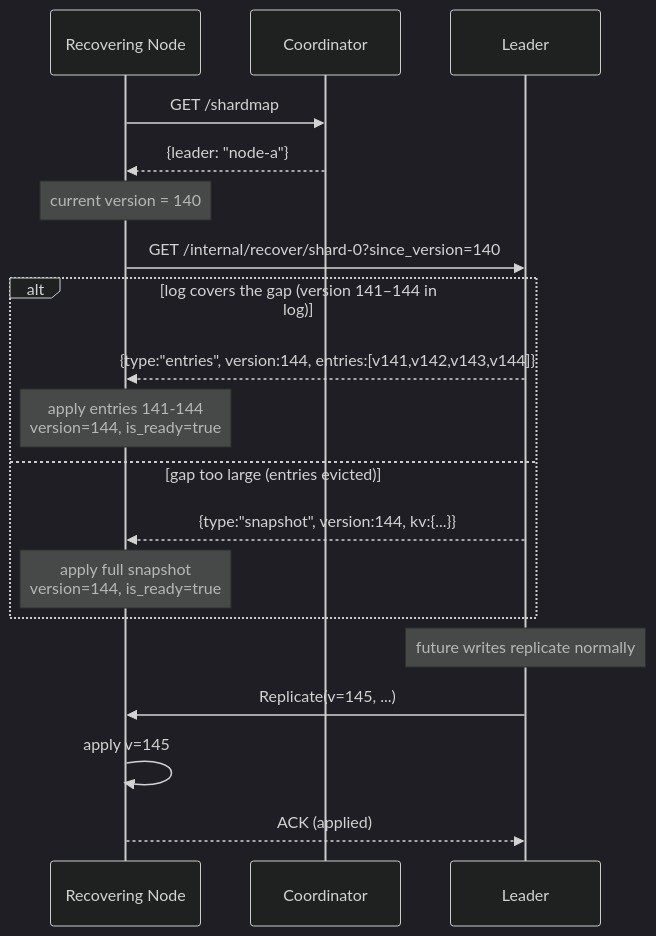
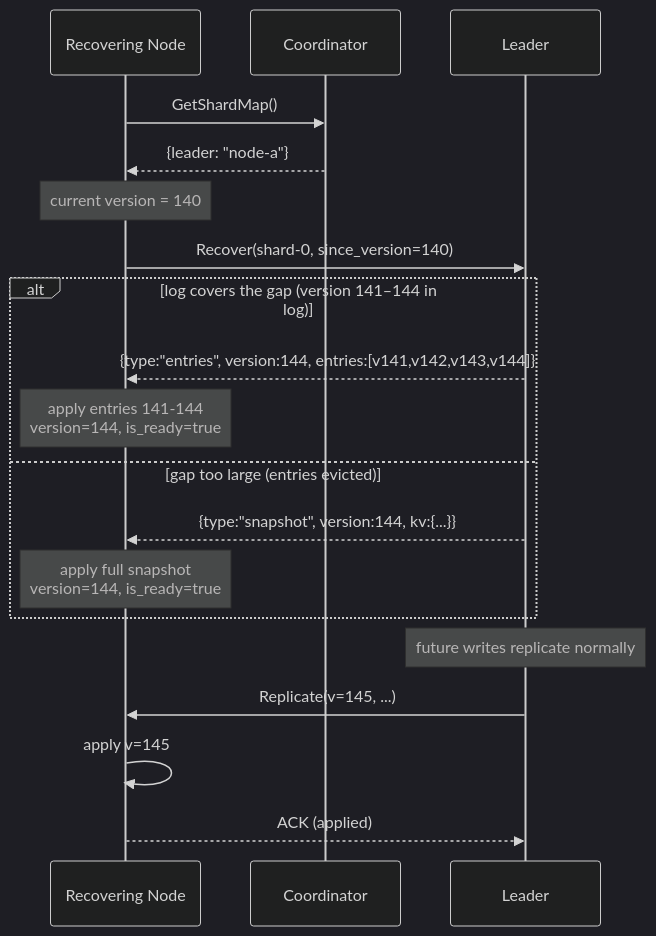
Before and after one commit to davecarr1024/doki: the eighth of 9 diagrams in docs/replication.md, drawn with Mermaid (dark theme). The commit also changed other lines of this file and 7 other files, not shown here.

Commit message:
Update docs for gRPC surface and roadmap

````diff
--- a/docs/replication.md
+++ b/docs/replication.md
@@ -225,25 +225,25 @@
 ```mermaid
 sequenceDiagram
     participant R as Recovering Node
     participant CO as Coordinator
     participant L as Leader
 
-    R->>CO: GET /shardmap
+    R->>CO: GetShardMap()
     CO-->>R: {leader: "node-a"}
 
     note over R: current version = 140
-    R->>L: GET /internal/recover/shard-0?since_version=140
+    R->>L: Recover(shard-0, since_version=140)
 
     alt log covers the gap (version 141–144 in log)
         L-->>R: {type:"entries", version:144, entries:[v141,v142,v143,v144]}
         note over R: apply entries 141-144<br/>version=144, is_ready=true
     else gap too large (entries evicted)
         L-->>R: {type:"snapshot", version:144, kv:{...}}
         note over R: apply full snapshot<br/>version=144, is_ready=true
     end
 
     note over L: future writes replicate normally
     L->>R: Replicate(v=145, ...)
     R->>R: apply v=145
     R-->>L: ACK (applied)
 ```
````
